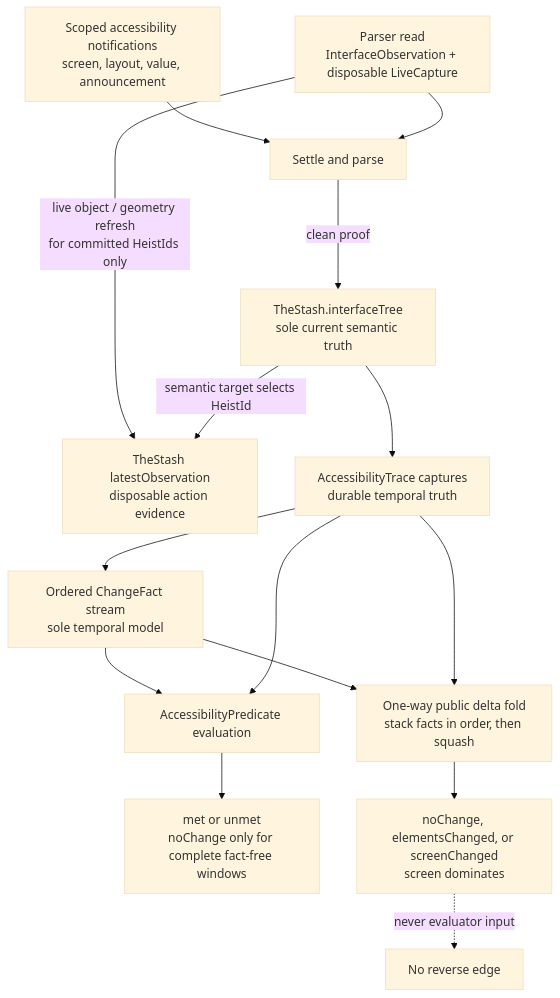
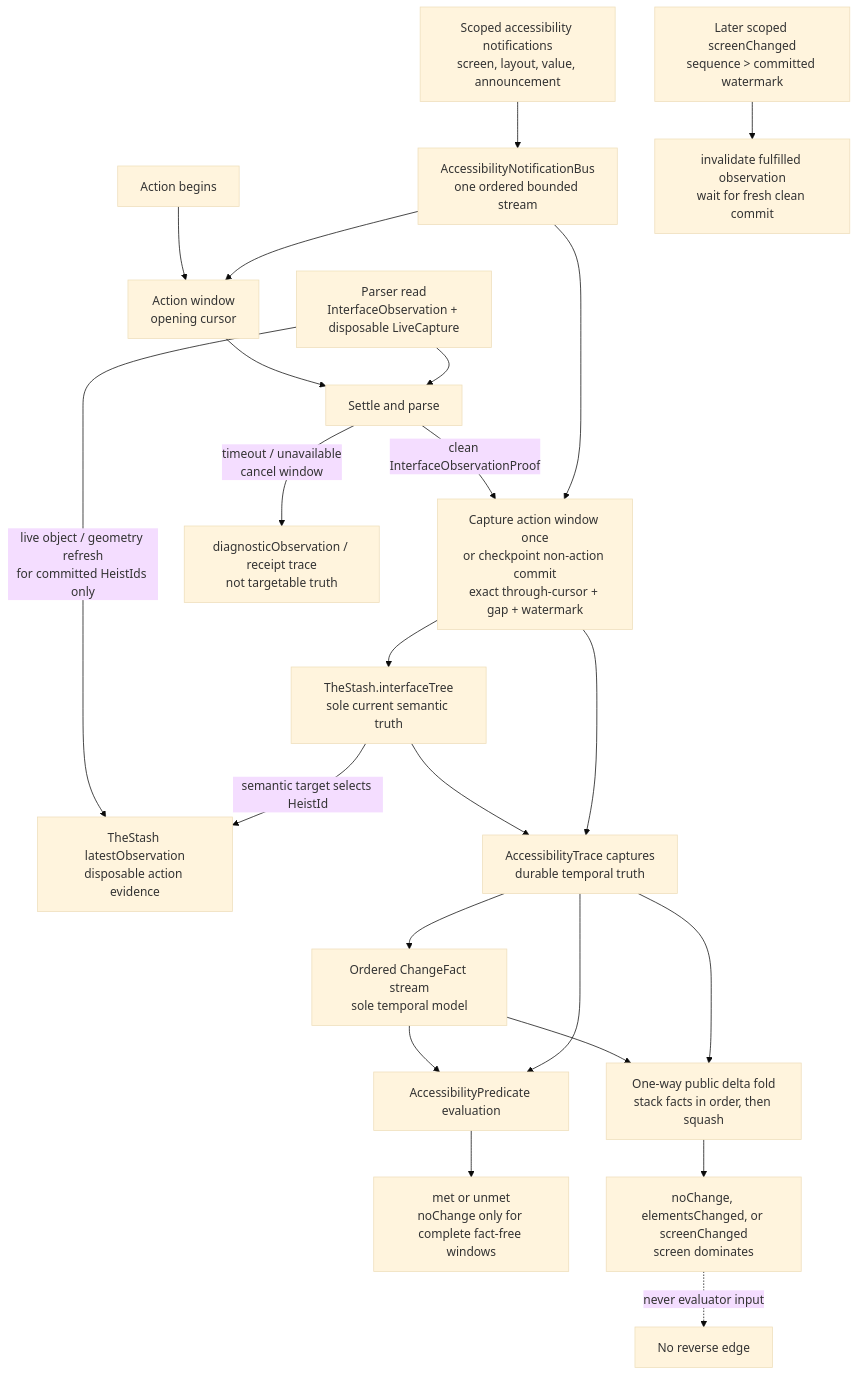
The first of 2 diagrams in docs/diagrams/observation-pipeline.md (RoyalPineapple/TheButtonHeist), drawn with Mermaid (base theme) before and after one commit. The commit also changed other lines of this file and 5 other files, not shown here.

Commit message:
Align handoff hardening architecture docs

````diff
--- a/docs/diagrams/observation-pipeline.md
+++ b/docs/diagrams/observation-pipeline.md
@@ -22,20 +23,29 @@
 ```mermaid
 flowchart TD
-    Signals["Scoped accessibility notifications<br/>screen, layout, value, announcement"] --> Settle["Settle and parse"]
+    Signals["Scoped accessibility notifications<br/>screen, layout, value, announcement"] --> Bus["AccessibilityNotificationBus<br/>one ordered bounded stream"]
+    Action["Action begins"] --> Window["Action window<br/>opening cursor"]
+    Bus --> Window
+    Window --> Settle["Settle and parse"]
     Parse["Parser read<br/>InterfaceObservation + disposable LiveCapture"] --> Settle
     Parse -- "live object / geometry refresh<br/>for committed HeistIds only" --> Live["TheStash latestObservation<br/>disposable action evidence"]
-    Settle -- "clean proof" --> Tree["TheStash.interfaceTree<br/>sole current semantic truth"]
+    Settle -- "clean InterfaceObservationProof" --> Batch["Capture action window once<br/>or checkpoint non-action commit<br/>exact through-cursor + gap + watermark"]
+    Bus --> Batch
+    Batch --> Tree["TheStash.interfaceTree<br/>sole current semantic truth"]
+    Settle -- "timeout / unavailable<br/>cancel window" --> Diagnostic["diagnosticObservation / receipt trace<br/>not targetable truth"]
     Tree -- "semantic target selects HeistId" --> Live
     Tree --> Captures["AccessibilityTrace captures<br/>durable temporal truth"]
+    Batch --> Captures
     Captures --> Facts["Ordered ChangeFact stream<br/>sole temporal model"]
+
+    LaterScreen["Later scoped screenChanged<br/>sequence > committed watermark"] --> Invalid["invalidate fulfilled observation<br/>wait for fresh clean commit"]
 
     Facts --> Evaluate["AccessibilityPredicate evaluation"]
     Captures --> Evaluate
     Evaluate --> Verdict["met or unmet<br/>noChange only for complete fact-free windows"]
 
     Facts --> Fold["One-way public delta fold<br/>stack facts in order, then squash"]
     Captures --> Fold
     Fold --> Public["noChange, elementsChanged, or screenChanged<br/>screen dominates"]
 
     Public -. "never evaluator input" .-> Stop["No reverse edge"]
 ```
````
